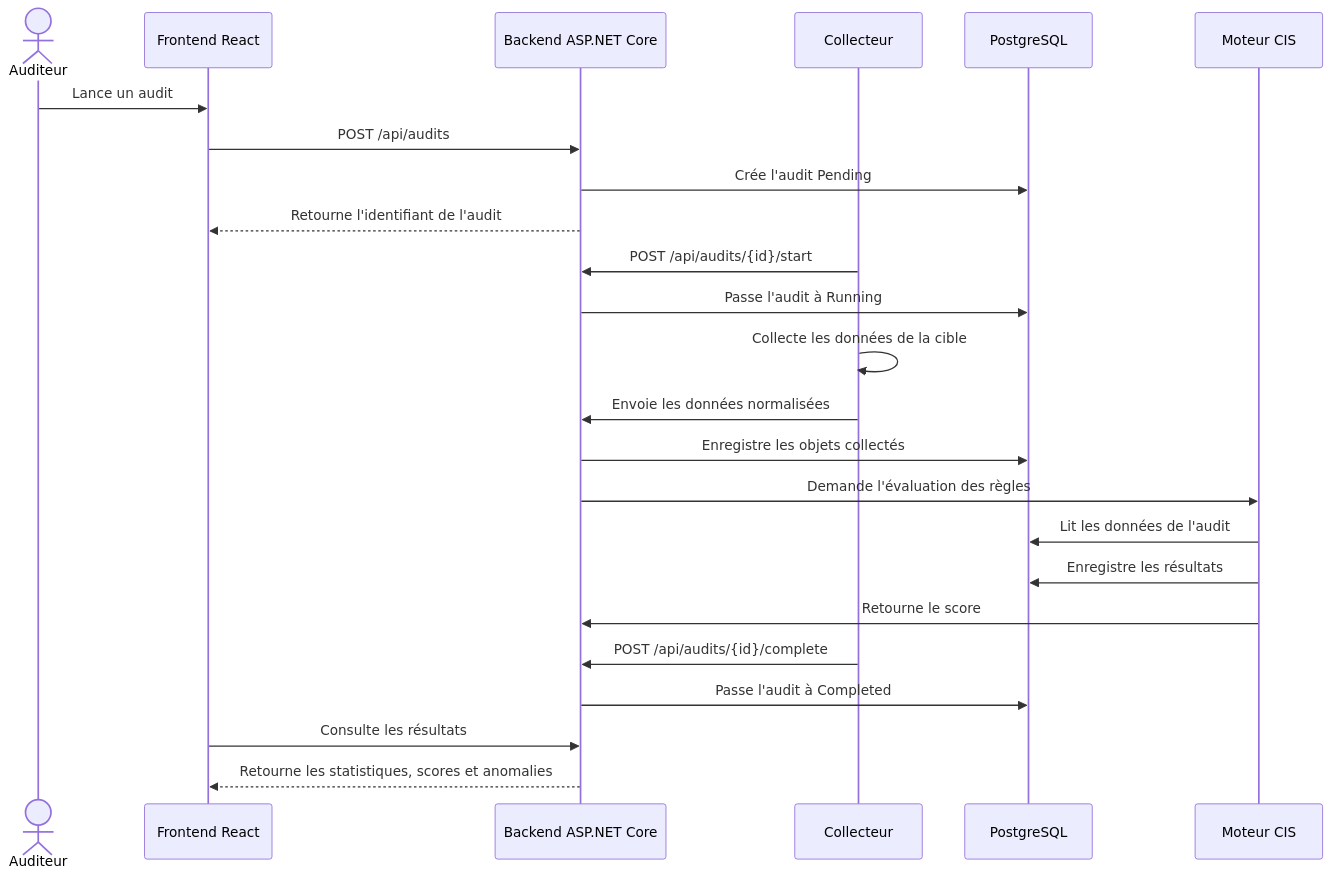
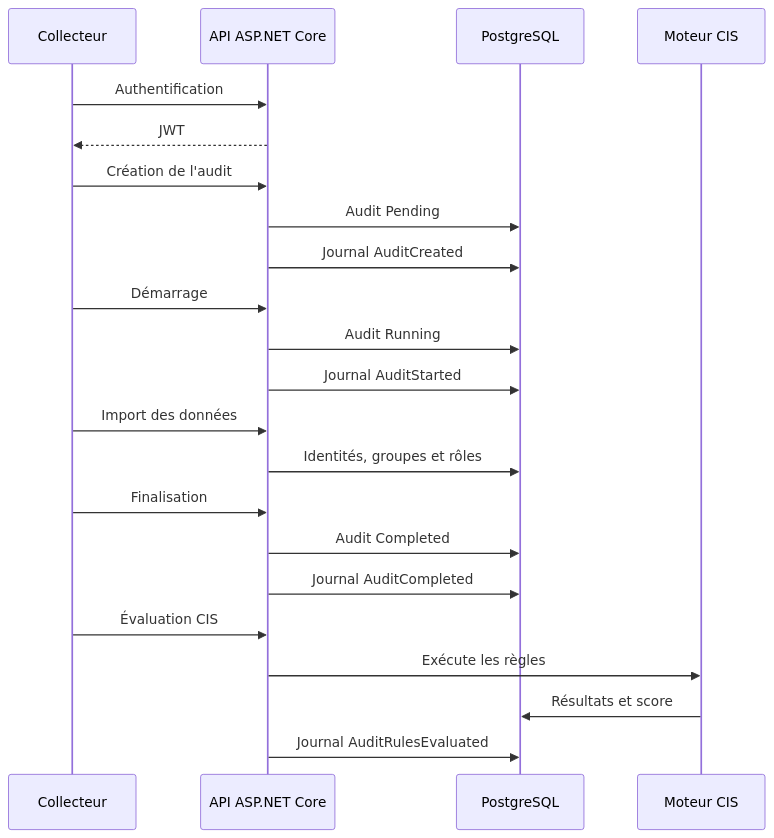
Before and after one commit to crossword12/identity-audit: the second of 2 diagrams in docs/04-architecture-technique.md, drawn with Mermaid. The commit also changed other lines of this file and 4 other files, not shown here.

````diff
--- a/docs/04-architecture-technique.md
+++ b/docs/04-architecture-technique.md
@@ -354,32 +390,30 @@
 ```mermaid
 sequenceDiagram
-    actor Auditeur
-    participant UI as Frontend React
-    participant API as Backend ASP.NET Core
     participant COL as Collecteur
+    participant API as API ASP.NET Core
     participant DB as PostgreSQL
     participant CIS as Moteur CIS
 
-    Auditeur->>UI: Lance un audit
-    UI->>API: POST /api/audits
-    API->>DB: Crée l'audit Pending
-    API-->>UI: Retourne l'identifiant de l'audit
+    COL->>API: Authentification
+    API-->>COL: JWT
 
-    COL->>API: POST /api/audits/{id}/start
-    API->>DB: Passe l'audit à Running
+    COL->>API: Création de l'audit
+    API->>DB: Audit Pending
+    API->>DB: Journal AuditCreated
 
-    COL->>COL: Collecte les données de la cible
-    COL->>API: Envoie les données normalisées
-    API->>DB: Enregistre les objets collectés
+    COL->>API: Démarrage
+    API->>DB: Audit Running
+    API->>DB: Journal AuditStarted
 
-    API->>CIS: Demande l'évaluation des règles
-    CIS->>DB: Lit les données de l'audit
-    CIS->>DB: Enregistre les résultats
-    CIS->>API: Retourne le score
+    COL->>API: Import des données
+    API->>DB: Identités, groupes et rôles
 
-    COL->>API: POST /api/audits/{id}/complete
-    API->>DB: Passe l'audit à Completed
+    COL->>API: Finalisation
+    API->>DB: Audit Completed
+    API->>DB: Journal AuditCompleted
 
-    UI->>API: Consulte les résultats
-    API-->>UI: Retourne les statistiques, scores et anomalies
+    COL->>API: Évaluation CIS
+    API->>CIS: Exécute les règles
+    CIS->>DB: Résultats et score
+    API->>DB: Journal AuditRulesEvaluated
 ```
````
